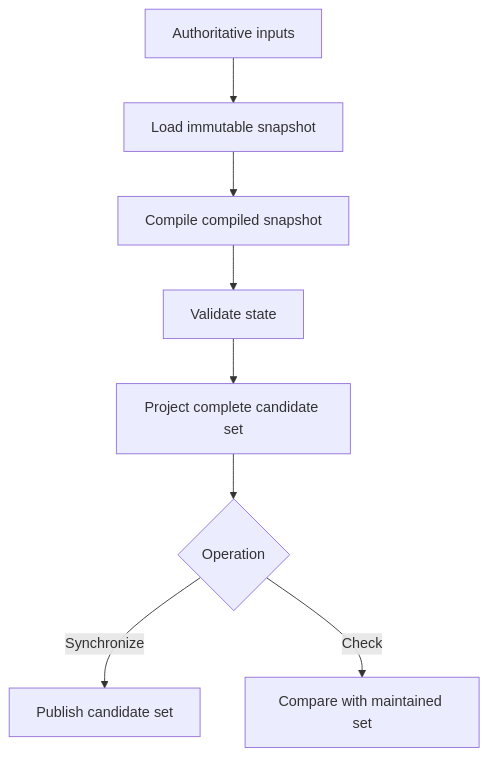
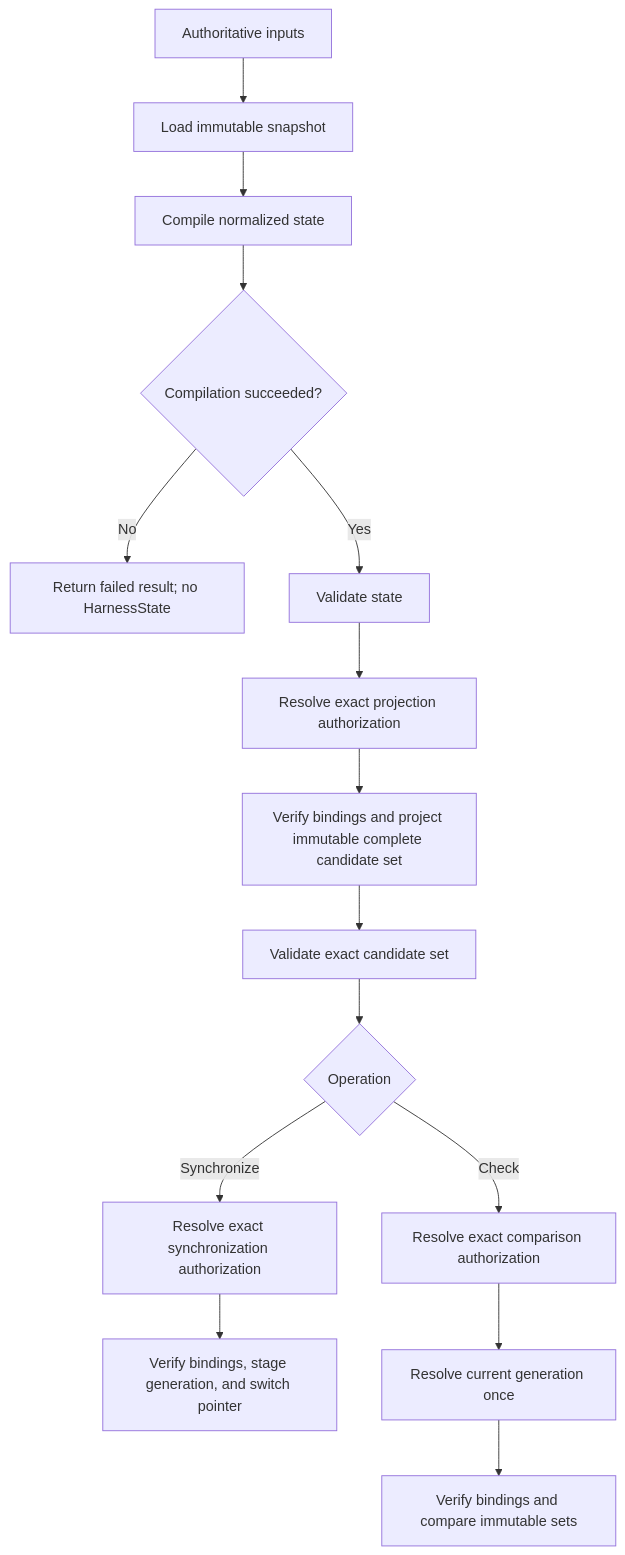
One commit to eragasa/ksdft2effmass changed the second of 6 diagrams in docs/architecture/v2/harness/compiler-architecture.md. Above: the diagram before and after it, drawn with Mermaid. The commit also changed other lines of this file and 80 other files, not shown here.

Commit message:
docs: reconcile architecture v2

````diff
--- a/docs/architecture/v2/harness/compiler-architecture.md
+++ b/docs/architecture/v2/harness/compiler-architecture.md
@@ -62,10 +80,17 @@
 ```mermaid
 flowchart TB
     input["Authoritative inputs"] --> load["Load immutable snapshot"]
-    load --> compile["Compile compiled snapshot"]
-    compile --> validate["Validate state"]
-    validate --> project["Project complete candidate set"]
-    project --> mode{"Operation"}
-    mode -->|Synchronize| publish["Publish candidate set"]
-    mode -->|Check| compare["Compare with maintained set"]
+    load --> compile["Compile normalized state"]
+    compile --> outcome{"Compilation succeeded?"}
+    outcome -->|No| stop["Return failed result; no HarnessState"]
+    outcome -->|Yes| validate["Validate state"]
+    validate --> authorize["Resolve exact projection authorization"]
+    authorize --> project["Verify bindings and project immutable complete candidate set"]
+    project --> candidate_validate["Validate exact candidate set"]
+    candidate_validate --> mode{"Operation"}
+    mode -->|Synchronize| sync_authorize["Resolve exact synchronization authorization"]
+    sync_authorize --> publish["Verify bindings, stage generation, and switch pointer"]
+    mode -->|Check| compare_authorize["Resolve exact comparison authorization"]
+    compare_authorize --> resolve["Resolve current generation once"]
+    resolve --> compare["Verify bindings and compare immutable sets"]
 ```
````
